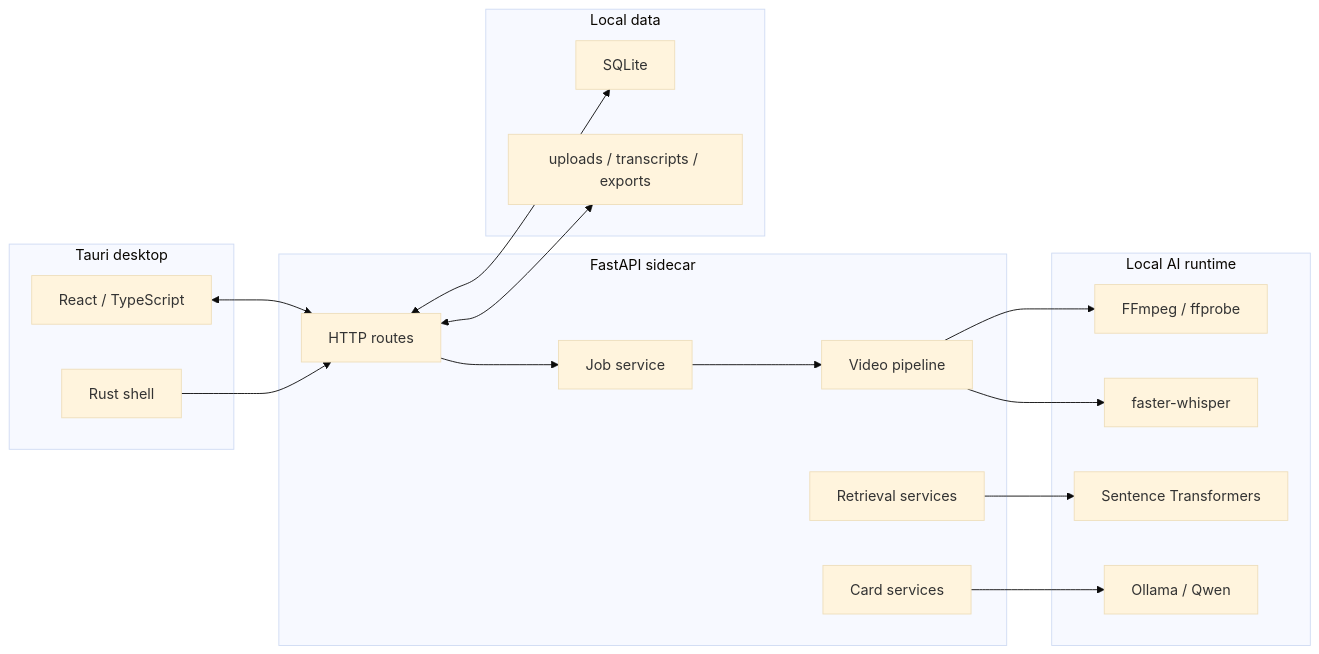
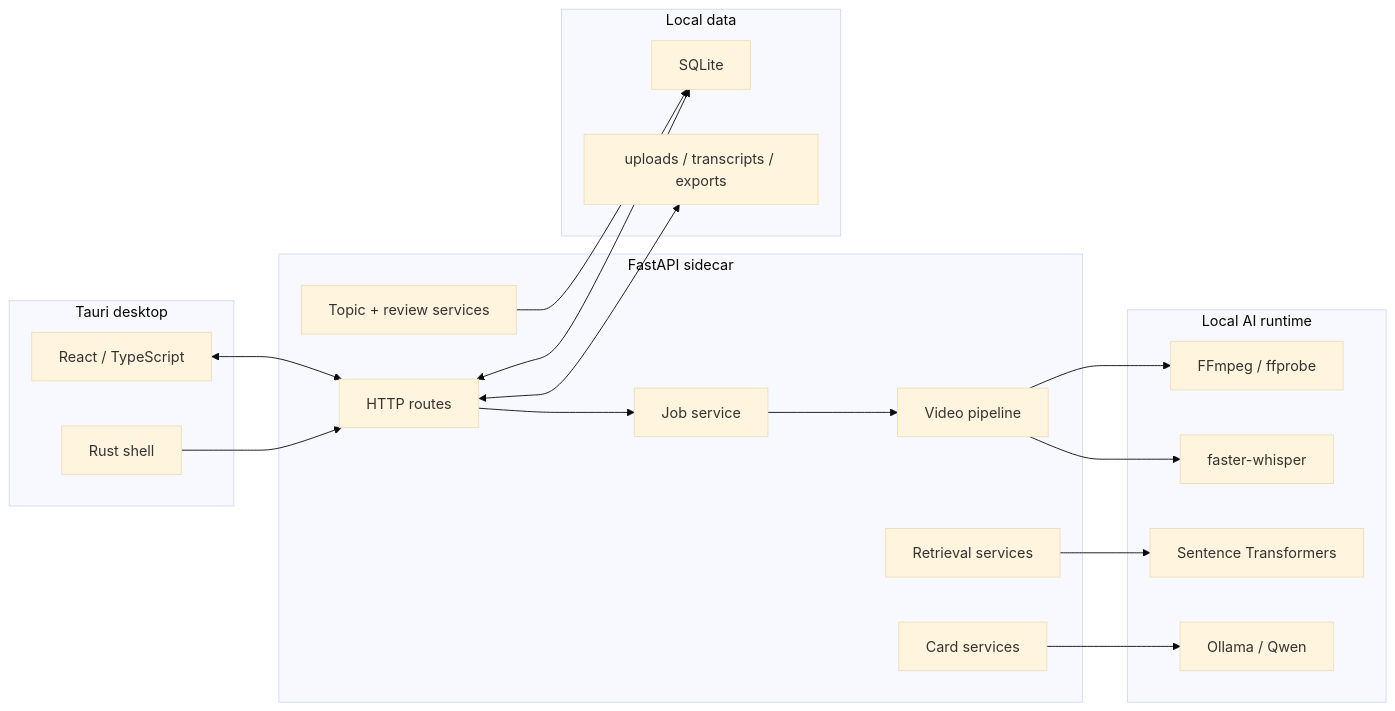
The diagram in README.md (eatoften/Video_Course_Cards), drawn with Mermaid (base theme) before and after one commit. The commit also changed other lines of this file and 62 other files, not shown here.

````diff
--- a/README.md
+++ b/README.md
@@ -183,38 +192,40 @@
 ```mermaid
 flowchart LR
     subgraph Desktop["Tauri desktop"]
         UI["React / TypeScript"]
         RUST["Rust shell"]
     end
 
     subgraph Backend["FastAPI sidecar"]
         API["HTTP routes"]
         JOBS["Job service"]
         PIPELINE["Video pipeline"]
         CARDS["Card services"]
+        REVIEW["Topic + review services"]
         RAG["Retrieval services"]
     end
 
     subgraph LocalAI["Local AI runtime"]
         FFMPEG["FFmpeg / ffprobe"]
         WHISPER["faster-whisper"]
         EMB["Sentence Transformers"]
         LLM["Ollama / Qwen"]
     end
 
     subgraph Storage["Local data"]
         DB["SQLite"]
         FILES["uploads / transcripts / exports"]
     end
 
     UI <--> API
     RUST --> API
     API --> JOBS
     JOBS --> PIPELINE
     PIPELINE --> FFMPEG
     PIPELINE --> WHISPER
     CARDS --> LLM
+    REVIEW --> DB
     RAG --> EMB
     API <--> DB
     API <--> FILES
 ```
````
